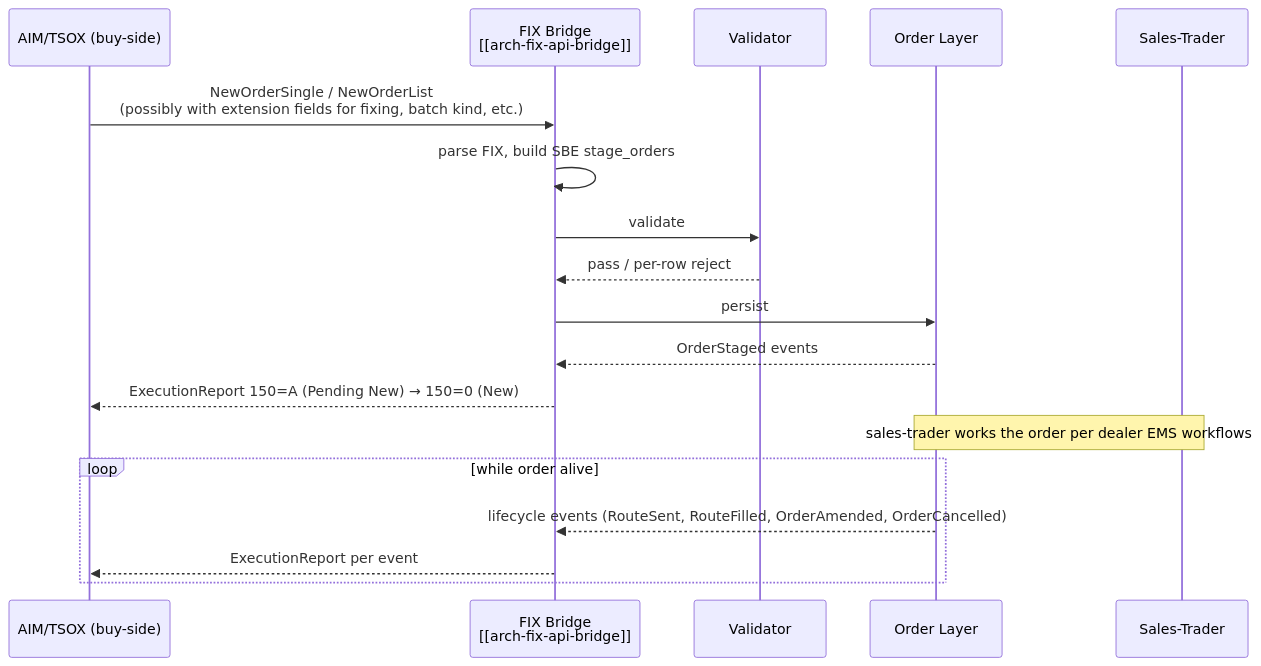
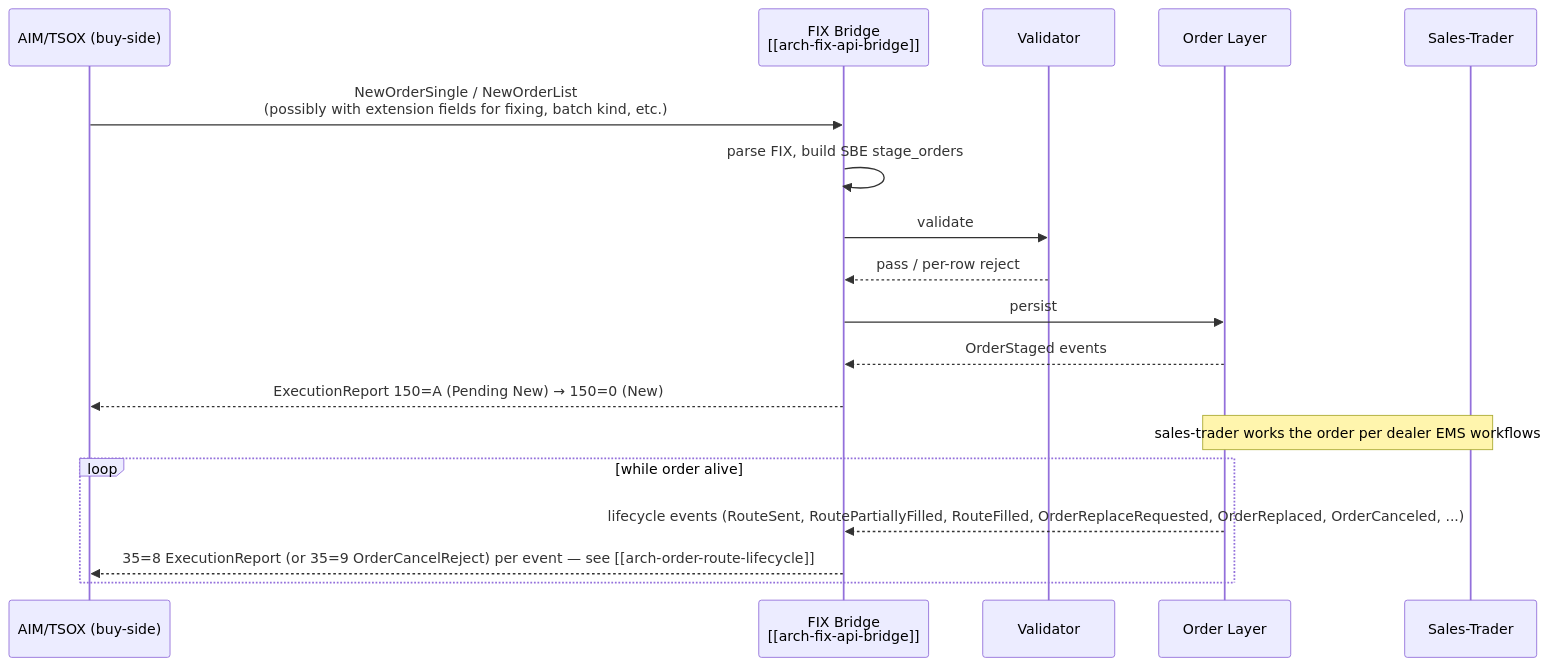
The diagram in 20_workflows/others/tsox-aim-to-fxem.md (yksi7417/cross_asset_ems), drawn with Mermaid before and after one commit. The commit also changed other lines of this file and 16 other files, not shown here.

First line of the commit message:
docs: ground order/route lifecycle in FIX cancel/replace semantics

````diff
--- a/20_workflows/others/tsox-aim-to-fxem.md
+++ b/20_workflows/others/tsox-aim-to-fxem.md
@@ -31,21 +31,21 @@
 ```mermaid
 sequenceDiagram
   participant AIM as AIM/TSOX (buy-side)
   participant FIX as FIX Bridge<br/>[[arch-fix-api-bridge]]
   participant V as Validator
   participant O as Order Layer
   participant ST as Sales-Trader
 
   AIM->>FIX: NewOrderSingle / NewOrderList<br/>(possibly with extension fields for fixing, batch kind, etc.)
   FIX->>FIX: parse FIX, build SBE stage_orders
   FIX->>V: validate
   V-->>FIX: pass / per-row reject
   FIX->>O: persist
   O-->>FIX: OrderStaged events
   FIX-->>AIM: ExecutionReport 150=A (Pending New) → 150=0 (New)
   Note over O,ST: sales-trader works the order per dealer EMS workflows
   loop while order alive
-    O-->>FIX: lifecycle events (RouteSent, RouteFilled, OrderAmended, OrderCancelled)
-    FIX-->>AIM: ExecutionReport per event
+    O-->>FIX: lifecycle events (RouteSent, RoutePartiallyFilled, RouteFilled, OrderReplaceRequested, OrderReplaced, OrderCanceled, ...)
+    FIX-->>AIM: 35=8 ExecutionReport (or 35=9 OrderCancelReject) per event — see [[arch-order-route-lifecycle]]
   end
 ```
````
